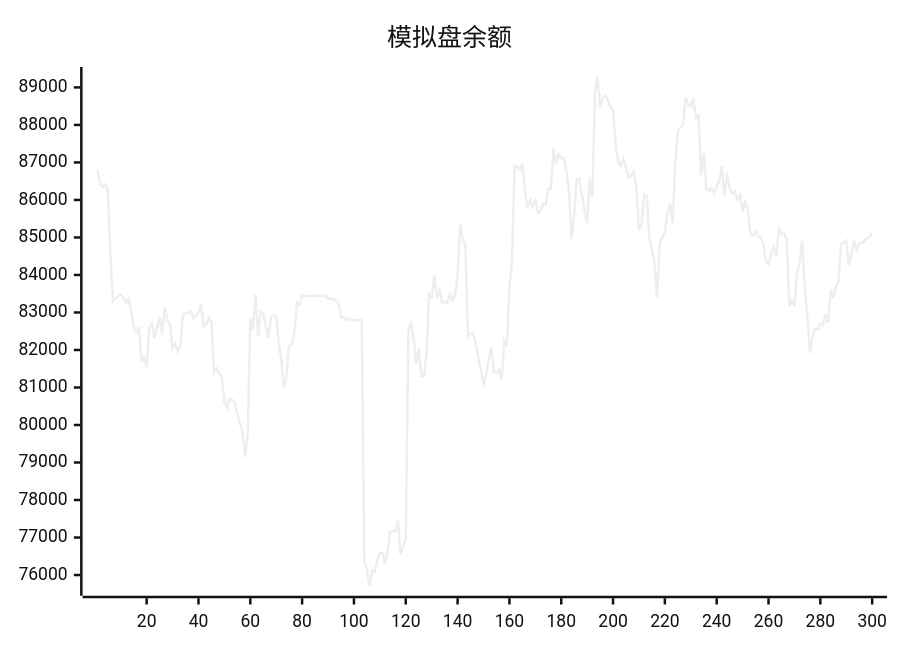
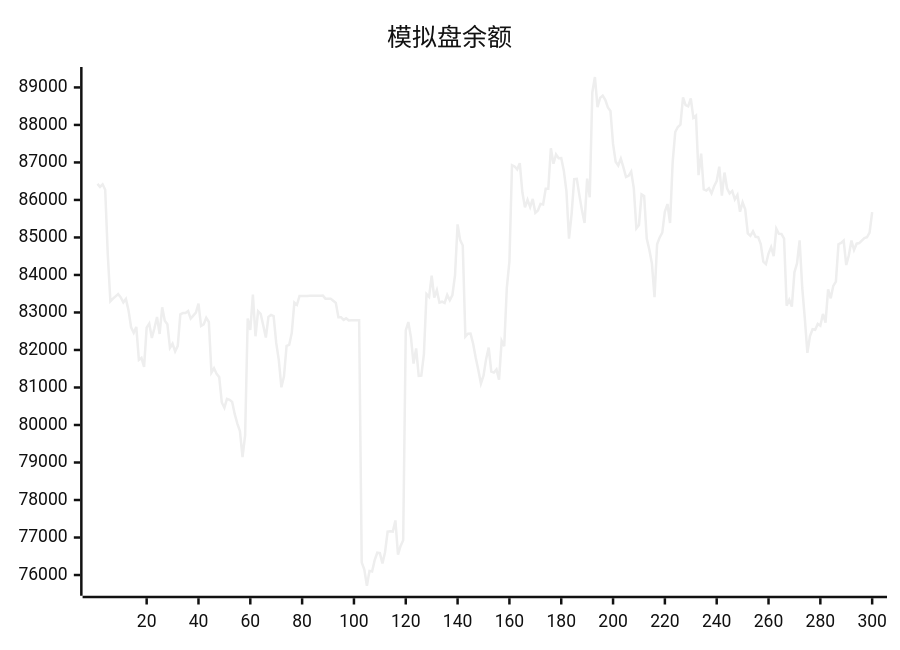
One commit to aahl/ai-trading changed the diagram in README.md. Above: the diagram before and after it, drawn with Mermaid (neutral theme). The commit also changed other lines of this file and 1 other file, not shown here.

````diff
--- a/README.md
+++ b/README.md
@@ -5,5 +5,5 @@
 ```mermaid
 xychart
     title "模拟盘余额"
-    line [86809,86427,86348,86417,86273,84538,83299,83369,83430,83490,83404,83270,83362,83056,82605,82459,82614,81734,81788,81551,82598,82702,82320,82580,82878,82426,83139,82778,82686,82056,82166,81963,82110,82951,82983,82984,83038,82838,82915,82998,83235,82642,82682,82858,82746,81396,81512,81362,81277,80600,80461,80699,80673,80616,80288,80038,79836,79142,79722,82837,82533,83480,82366,83032,82960,82654,82330,82883,82934,82901,82188,81728,81005,81298,82110,82135,82449,83264,83203,83440,83439,83440,83440,83446,83447,83448,83447,83448,83449,83369,83369,83369,83313,83256,82872,82873,82801,82844,82785,82791,82791,82793,82794,76339,76145,75714,76110,76096,76397,76594,76585,76310,76607,77160,77170,77160,77456,76541,76774,76927,82520,82744,82337,81639,82040,81307,81314,81887,83490,83414,83984,83396,83594,83261,83287,83253,83470,83327,83465,83987,85348,84930,84786,82355,82433,82438,82167,81795,81466,81105,81315,81756,82064,81426,81398,81481,81210,82242,82099,83658,84359,86925,86892,86814,86980,86203,85802,86003,85811,86028,85657,85721,85896,85880,86300,86299,87378,86965,87214,87115,87118,86780,86238,84966,85623,86555,86562,86129,85722,85387,86569,86070,88870,89278,88477,88720,88781,88668,88467,88372,87493,87018,86917,87102,86870,86613,86644,86758,86317,85242,85334,86149,86106,84968,84671,84302,83410,84816,85001,85127,85693,85891,85384,87001,87811,87945,88007,88734,88528,88495,88705,88189,88248,86662,87234,86279,86251,86314,86177,86364,86503,86886,86114,86731,86310,86176,86240,86017,86136,85685,85938,85749,85111,85044,85164,85016,85008,84824,84354,84287,84572,84745,84500,85234,85096,85095,84970,83180,83338,83157,84070,84309,84922,83667,82850,81924,82369,82552,82539,82695,82648,82962,82728,83619,83378,83710,83825,84819,84854,84917,84265,84527,84919,84668,84834,84850,84916,84981,85004,85131]
+    line [86427,86348,86417,86273,84538,83299,83369,83430,83490,83404,83270,83362,83056,82605,82459,82614,81734,81788,81551,82598,82702,82320,82580,82878,82426,83139,82778,82686,82056,82166,81963,82110,82951,82983,82984,83038,82838,82915,82998,83235,82642,82682,82858,82746,81396,81512,81362,81277,80600,80461,80699,80673,80616,80288,80038,79836,79142,79722,82837,82533,83480,82366,83032,82960,82654,82330,82883,82934,82901,82188,81728,81005,81298,82110,82135,82449,83264,83203,83440,83439,83440,83440,83446,83447,83448,83447,83448,83449,83369,83369,83369,83313,83256,82872,82873,82801,82844,82785,82791,82791,82793,82794,76339,76145,75714,76110,76096,76397,76594,76585,76310,76607,77160,77170,77160,77456,76541,76774,76927,82520,82744,82337,81639,82040,81307,81314,81887,83490,83414,83984,83396,83594,83261,83287,83253,83470,83327,83465,83987,85348,84930,84786,82355,82433,82438,82167,81795,81466,81105,81315,81756,82064,81426,81398,81481,81210,82242,82099,83658,84359,86925,86892,86814,86980,86203,85802,86003,85811,86028,85657,85721,85896,85880,86300,86299,87378,86965,87214,87115,87118,86780,86238,84966,85623,86555,86562,86129,85722,85387,86569,86070,88870,89278,88477,88720,88781,88668,88467,88372,87493,87018,86917,87102,86870,86613,86644,86758,86317,85242,85334,86149,86106,84968,84671,84302,83410,84816,85001,85127,85693,85891,85384,87001,87811,87945,88007,88734,88528,88495,88705,88189,88248,86662,87234,86279,86251,86314,86177,86364,86503,86886,86114,86731,86310,86176,86240,86017,86136,85685,85938,85749,85111,85044,85164,85016,85008,84824,84354,84287,84572,84745,84500,85234,85096,85095,84970,83180,83338,83157,84070,84309,84922,83667,82850,81924,82369,82552,82539,82695,82648,82962,82728,83619,83378,83710,83825,84819,84854,84917,84265,84527,84919,84668,84834,84850,84916,84981,85004,85131,85674]
 ```
````
